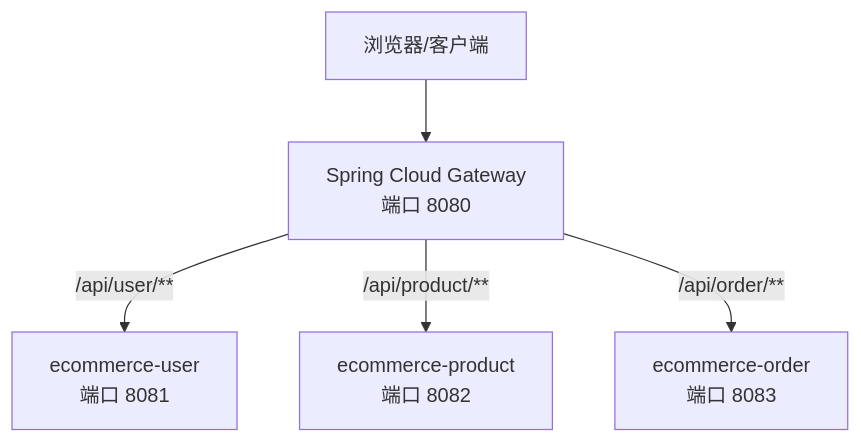
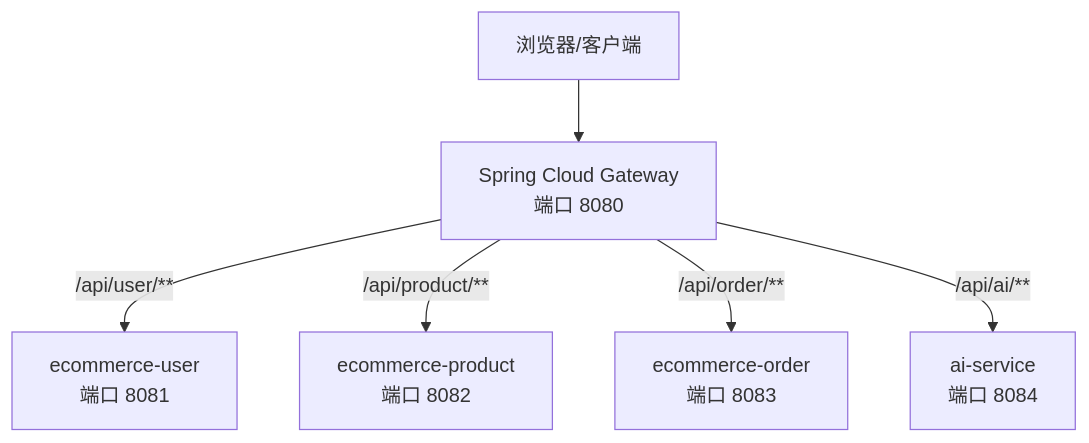
The second of 6 diagrams in .qoder/repowiki/zh/content/后端架构设计/API网关.md (haohailiang/qoder-fullstack), drawn with Mermaid before and after one commit. The commit also changed other lines of this file and 33 other files, not shown here.

````diff
--- a/.qoder/repowiki/zh/content/后端架构设计/API网关.md
+++ b/.qoder/repowiki/zh/content/后端架构设计/API网关.md
@@ -81,12 +87,14 @@
 ```mermaid
 graph TB
 Client["浏览器/客户端"]
 GW["Spring Cloud Gateway<br/>端口 8080"]
 U["ecommerce-user<br/>端口 8081"]
 P["ecommerce-product<br/>端口 8082"]
 O["ecommerce-order<br/>端口 8083"]
+AI["ai-service<br/>端口 8084"]
 Client --> GW
 GW --> |/api/user/**| U
 GW --> |/api/product/**| P
 GW --> |/api/order/**| O
+GW --> |/api/ai/**| AI
 ```
````
